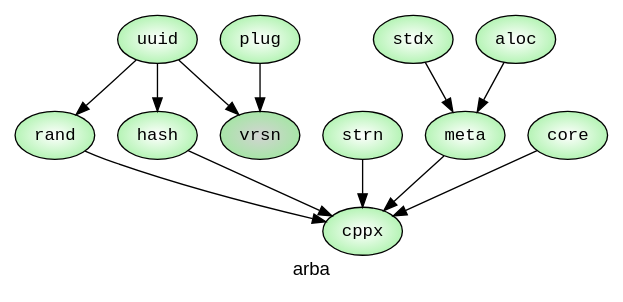
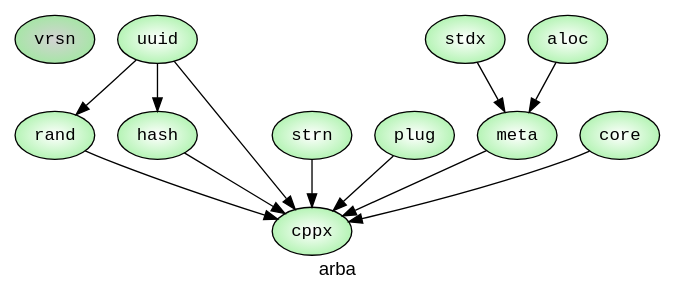
The diagram in graph.gv (arapelle/arba), drawn with Graphviz before and after one commit. The commit also changed 2 other files, not shown here.

```diff
--- a/graph.gv
+++ b/graph.gv
@@ -1,35 +1,36 @@
 # To generate svg: dot -Tsvg graph.gv > graph.svg
 
 digraph G
 {
 #  rankdir = LR;
   graph [fontname = "helvetica"];
   node [style=radial, fillcolor="white:lightgreen"];
   node [fontname="monospace"; fontsize=13];
   edge [fontname="helvetica"];
   label = arba;
 
   vrsn [style=radial, fillcolor="lightgrey:lightgreen"];
   uuid;strn;stdx;rand;plug;meta;hash;cppx;core;aloc;
 
-# aloc:
-  aloc -> meta
+# rand:
+  rand -> cppx
+# uuid:
+  uuid -> cppx
+  uuid -> hash
+  uuid -> rand
 # core:
   core -> cppx
+# stdx:
+  stdx -> meta
 # hash:
   hash -> cppx
 # meta:
   meta -> cppx
 # plug:
-  plug -> vrsn
-# rand:
-  rand -> cppx
-# stdx:
-  stdx -> meta
+  plug -> cppx
 # strn:
   strn -> cppx
-# uuid:
-  uuid -> vrsn
-  uuid -> hash
-  uuid -> rand
+# aloc:
+  aloc -> meta
+
 }
```
